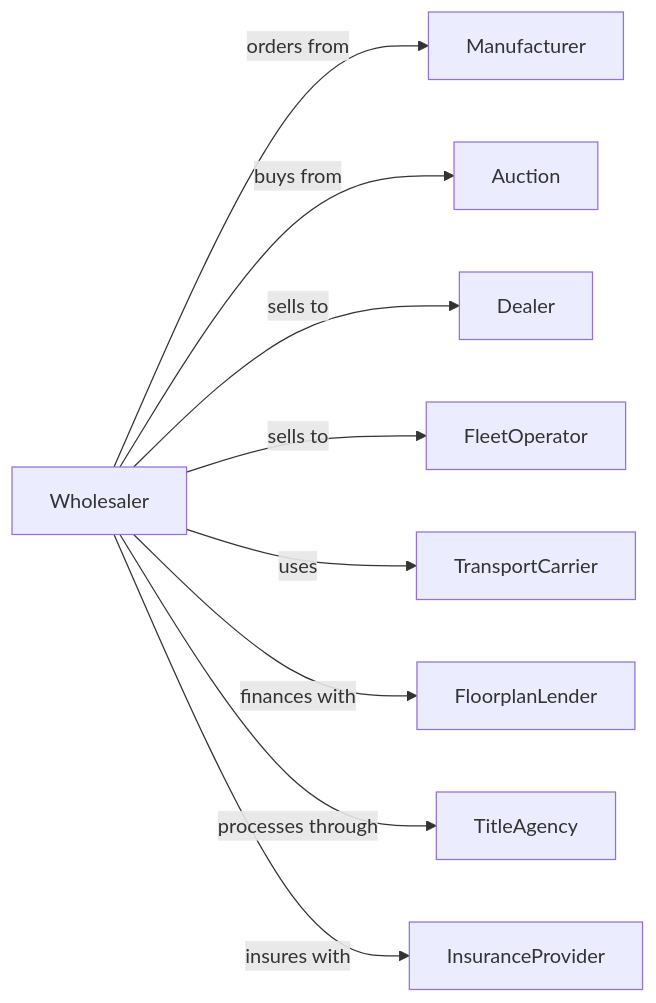
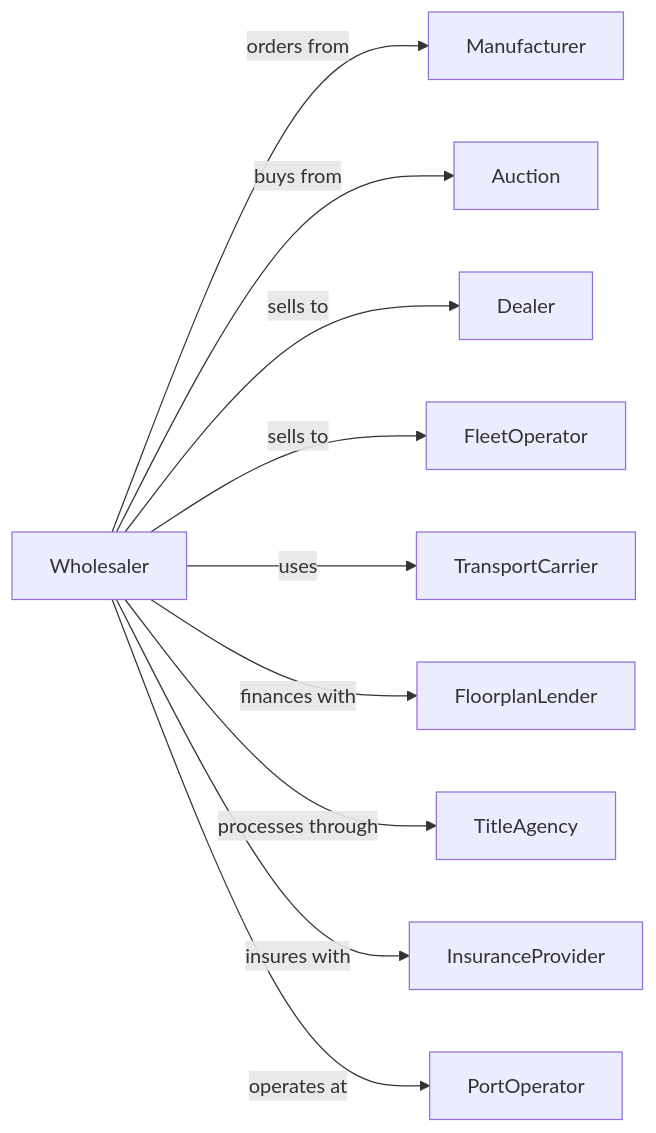
One commit to dot-org-ai/industries.org.ai changed the second of 2 diagrams in WholesaleTrade/MerchantWholesalersDurableGoods/MotorVehicleAndMotorVehiclePartsAndSuppliesMerchantWholesalers/AutomobileAndOtherMotorVehicleMerchantWholesalers.mdx. Above: the diagram before and after it, drawn with Mermaid. The commit also changed other lines of this file and 588 other files, not shown here.

````diff
--- a/WholesaleTrade/MerchantWholesalersDurableGoods/MotorVehicleAndMotorVehiclePartsAndSuppliesMerchantWholesalers/AutomobileAndOtherMotorVehicleMerchantWholesalers.mdx
+++ b/WholesaleTrade/MerchantWholesalersDurableGoods/MotorVehicleAndMotorVehiclePartsAndSuppliesMerchantWholesalers/AutomobileAndOtherMotorVehicleMerchantWholesalers.mdx
@@ -131,13 +131,14 @@
 ```mermaid
 graph LR
     W[Wholesaler]
 
     W -->|orders from| Manufacturer
     W -->|buys from| Auction
     W -->|sells to| Dealer
     W -->|sells to| FleetOperator
     W -->|uses| TransportCarrier
     W -->|finances with| FloorplanLender
     W -->|processes through| TitleAgency
     W -->|insures with| InsuranceProvider
+    W -->|operates at| PortOperator
 ```
````
